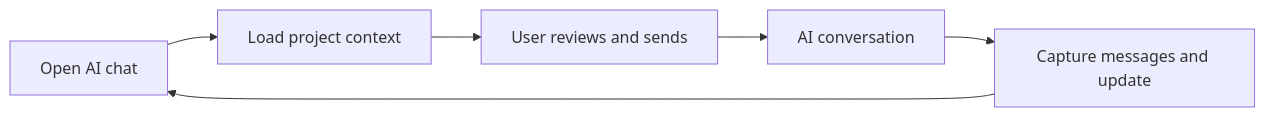
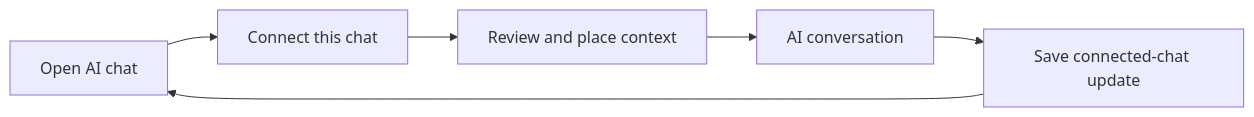
Before and after one commit to 340867-ux/MaglaSync: the diagram in README.md, drawn with Mermaid. The commit also changed other lines of this file and 44 other files, not shown here.

````diff
--- a/README.md
+++ b/README.md
@@ -58,8 +58,8 @@
 ```mermaid
 flowchart LR
-    A["Open AI chat"] --> B["Load project context"]
-    B --> C["User reviews and sends"]
+    A["Open AI chat"] --> B["Connect this chat"]
+    B --> C["Review and place context"]
     C --> D["AI conversation"]
-    D --> E["Capture messages and update"]
+    D --> E["Save connected-chat update"]
     E --> A
 ```
````
